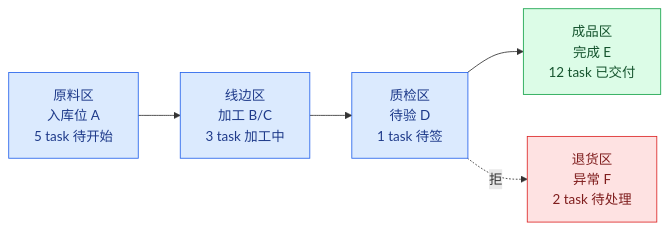
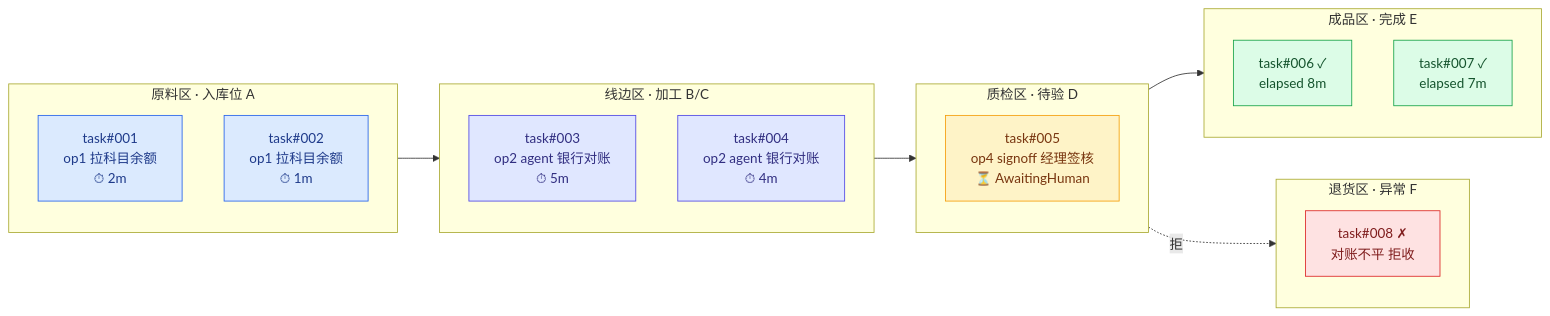
One commit to chehuizi/beeOS changed the second of 4 diagrams in docs/architecture/kernel-design.md. Above: the diagram before and after it, drawn with Mermaid.

Commit message:
docs: §3.1 看板视图改为 task 卡片列表（之前只显示数量）
之前：每个库区只显示 task 数量（'5 task 待开始'）——粒度粗，看不到 task 本身。
现在：每个库区下列具体 task 卡片，显示：
  - task ID
  - 当前 operation（op1 拉科目余额 / op2 银行对账 / op4 经理签核）
  - 状态（✓ / ⏳ AwaitingHuman / ✗）
  - 耗时（⏱ 5m / elapsed 8m）

画法：用 mermaid subgraph 做'5 库区'容器，task 卡片作为子节点。

````diff
--- a/docs/architecture/kernel-design.md
+++ b/docs/architecture/kernel-design.md
@@ -95,18 +95,36 @@
 ```mermaid
-graph LR
-    raw["原料区<br/>入库位 A<br/>5 task 待开始"]
-    line["线边区<br/>加工 B/C<br/>3 task 加工中"]
-    qc["质检区<br/>待验 D<br/>1 task 待签"]
-    finished["成品区<br/>完成 E<br/>12 task 已交付"]
-    return["退货区<br/>异常 F<br/>2 task 待处理"]
+flowchart LR
+    subgraph R["原料区 · 入库位 A"]
+        R1["task#001<br/>op1 拉科目余额<br/>⏱ 2m"]
+        R2["task#002<br/>op1 拉科目余额<br/>⏱ 1m"]
+    end
+    subgraph L["线边区 · 加工 B/C"]
+        L1["task#003<br/>op2 agent 银行对账<br/>⏱ 5m"]
+        L2["task#004<br/>op2 agent 银行对账<br/>⏱ 4m"]
+    end
+    subgraph Q["质检区 · 待验 D"]
+        Q1["task#005<br/>op4 signoff 经理签核<br/>⏳ AwaitingHuman"]
+    end
+    subgraph F["成品区 · 完成 E"]
+        F1["task#006 ✓<br/>elapsed 8m"]
+        F2["task#007 ✓<br/>elapsed 7m"]
+    end
+    subgraph X["退货区 · 异常 F"]
+        X1["task#008 ✗<br/>对账不平 拒收"]
+    end
 
-    raw --> line --> qc --> finished
-    qc -.拒.-> return
+    R --> L --> Q --> F
+    Q -.拒.-> X
 
-    classDef zone fill:#dbeafe,stroke:#2563eb,color:#1e3a8a
-    classDef ok fill:#dcfce7,stroke:#16a34a,color:#14532d
-    classDef bad fill:#fee2e2,stroke:#dc2626,color:#7f1d1d
-    class raw,line,qc zone
-    class finished ok
-    class return bad
+    classDef raw fill:#dbeafe,stroke:#2563eb,color:#1e3a8a
+    classDef line fill:#e0e7ff,stroke:#4f46e5,color:#312e81
+    classDef qc fill:#fef3c7,stroke:#f59e0b,color:#78350f
+    classDef fin fill:#dcfce7,stroke:#16a34a,color:#14532d
+    classDef ret fill:#fee2e2,stroke:#dc2626,color:#7f1d1d
+
+    class R1,R2 raw
+    class L1,L2 line
+    class Q1 qc
+    class F1,F2 fin
+    class X1 ret
 ```
````
